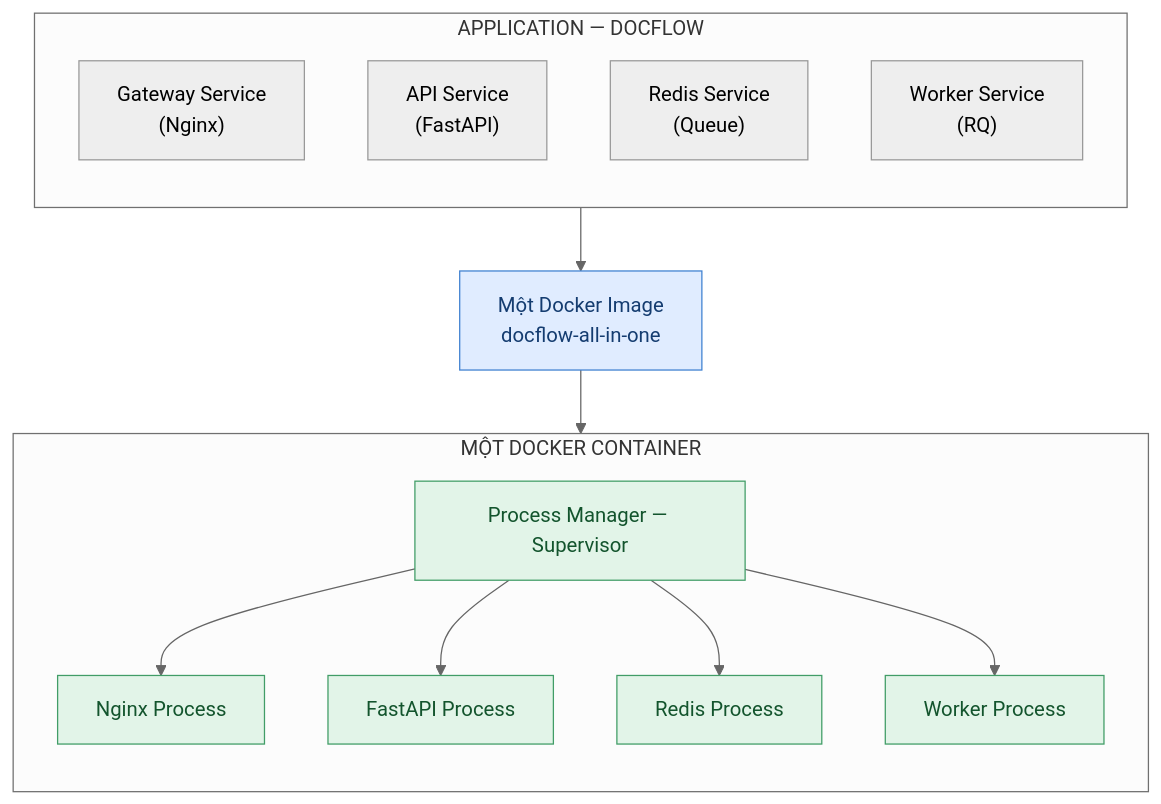
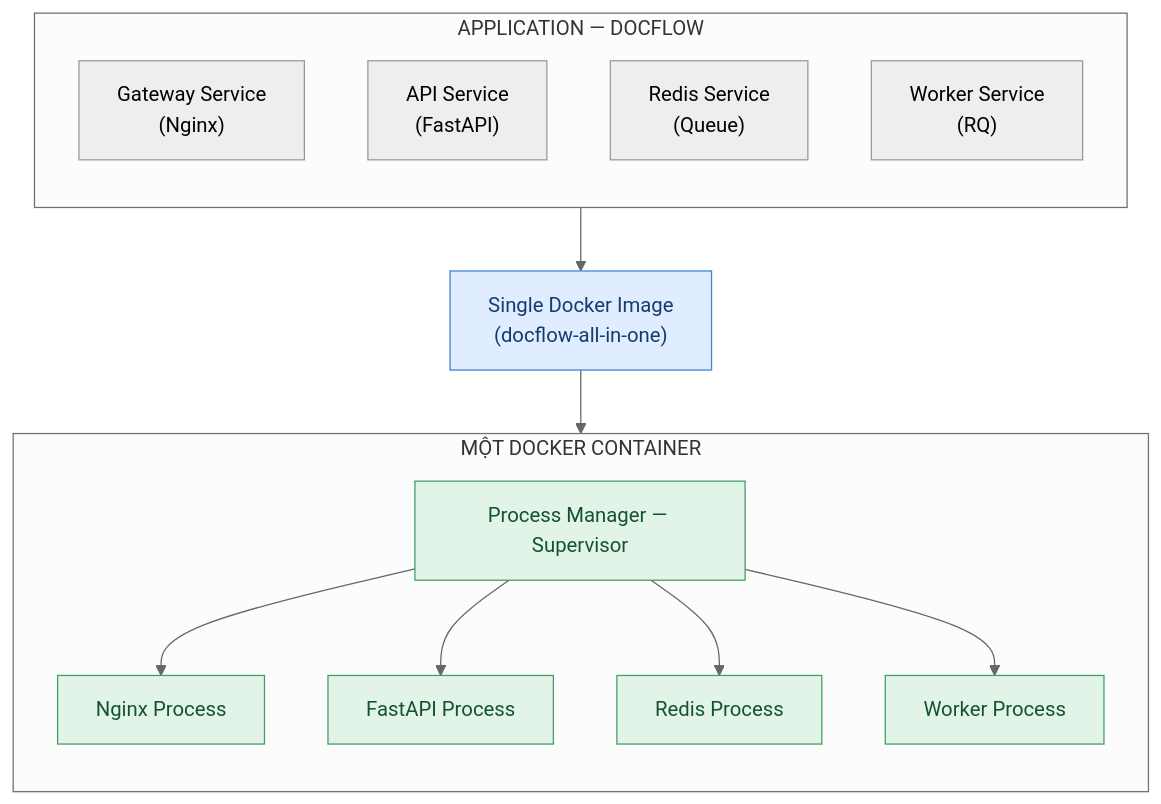
One commit to TranKiet146/docflow_SOA_Seminar changed the second of 2 diagrams in README.md. Above: the diagram before and after it, drawn with Mermaid (neutral theme).

Commit message:
presentation diagram update

````diff
--- a/README.md
+++ b/README.md
@@ -415,31 +415,31 @@
 ```mermaid
 flowchart TB
     subgraph S["APPLICATION — DOCFLOW"]
         direction TB
         A["Gateway Service<br/>(Nginx)"]
         B["API Service<br/>(FastAPI)"]
         C["Redis Service<br/>(Queue)"]
         D["Worker Service<br/>(RQ)"]
     end
 
-    S --> I["Một Docker Image<br/>docflow-all-in-one"]
+    S --> I[" Single Docker Image<br/>(docflow-all-in-one)"]
     I --> K
 
     subgraph K["MỘT DOCKER CONTAINER"]
         direction TB
         P["Process Manager — Supervisor"]
         N["Nginx Process"]
         F["FastAPI Process"]
         R["Redis Process"]
         W["Worker Process"]
         P --> N
         P --> F
         P --> R
         P --> W
     end
 
     classDef image fill:#e0ecff,stroke:#4182d1,color:#143c70
     classDef container fill:#e2f4e8,stroke:#419d67,color:#13542d
     class I image
     class P,N,F,R,W container
 ```
````
